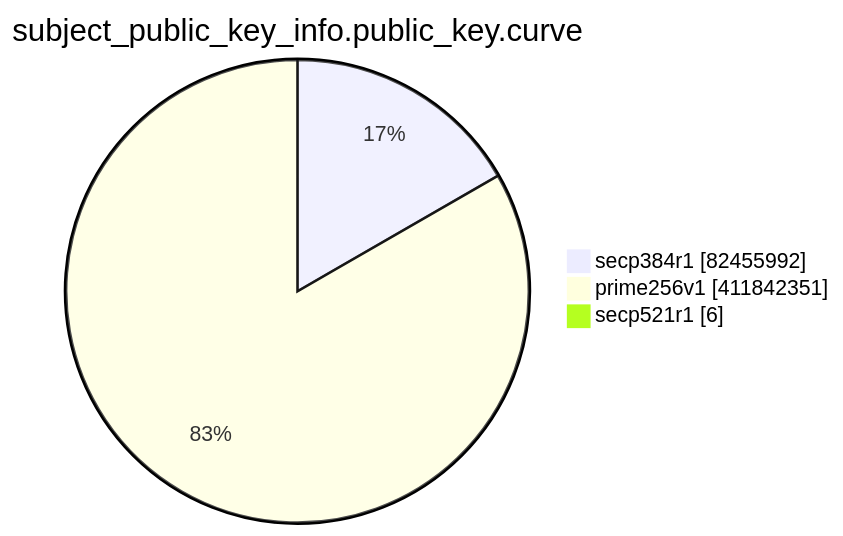
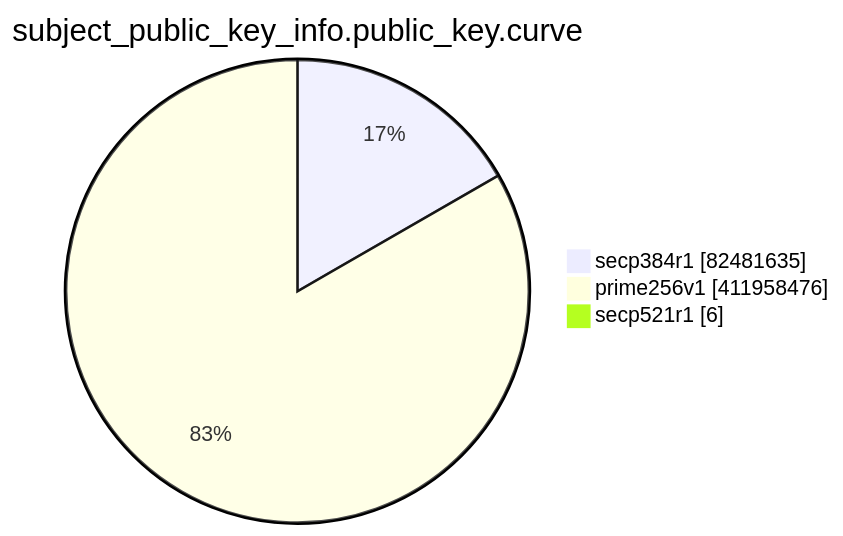
Before and after one commit to christiankrug/ctmonitor_visualization: the eighth of 15 diagrams in TOTAL/README.md, drawn with Mermaid. The commit also changed other lines of this file, not shown here.

````diff
--- a/TOTAL/README.md
+++ b/TOTAL/README.md
@@ -3097,7 +3097,7 @@
 ```mermaid
 pie showData
 title subject_public_key_info.public_key.curve
-"secp384r1" :82455992
-"prime256v1" :411842351
+"secp384r1" :82481635
+"prime256v1" :411958476
 "secp521r1" :6
 ```
````
